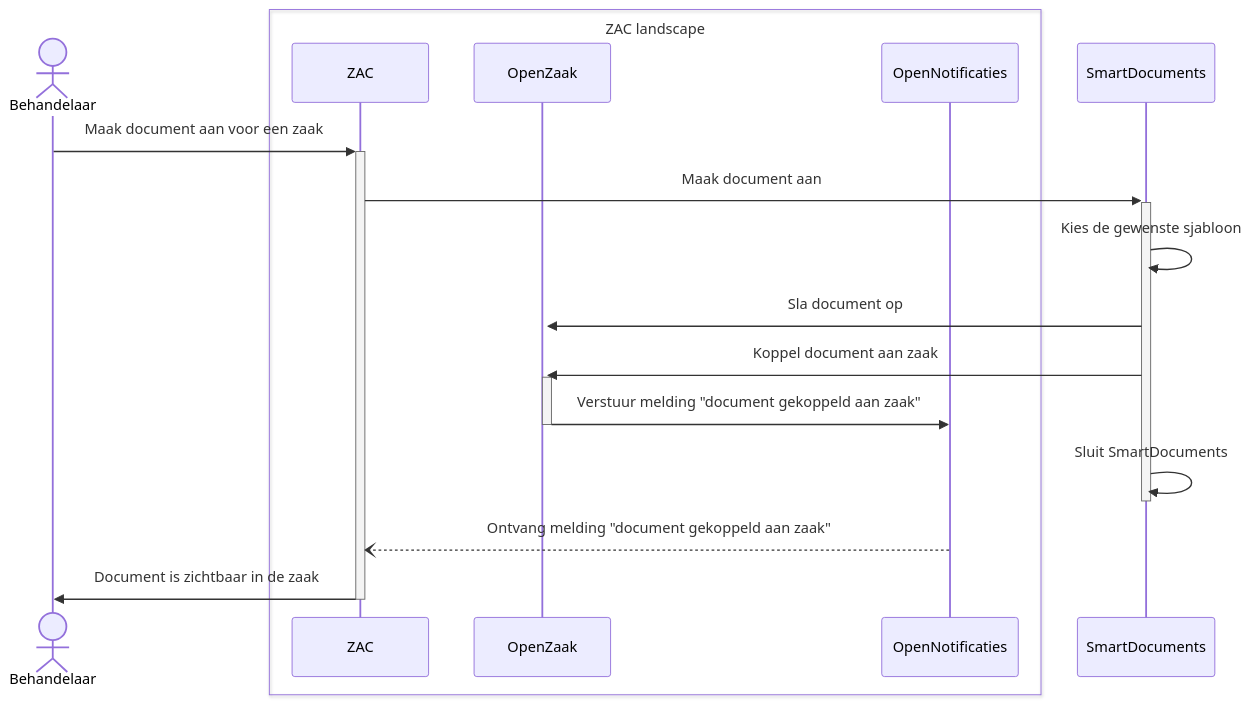
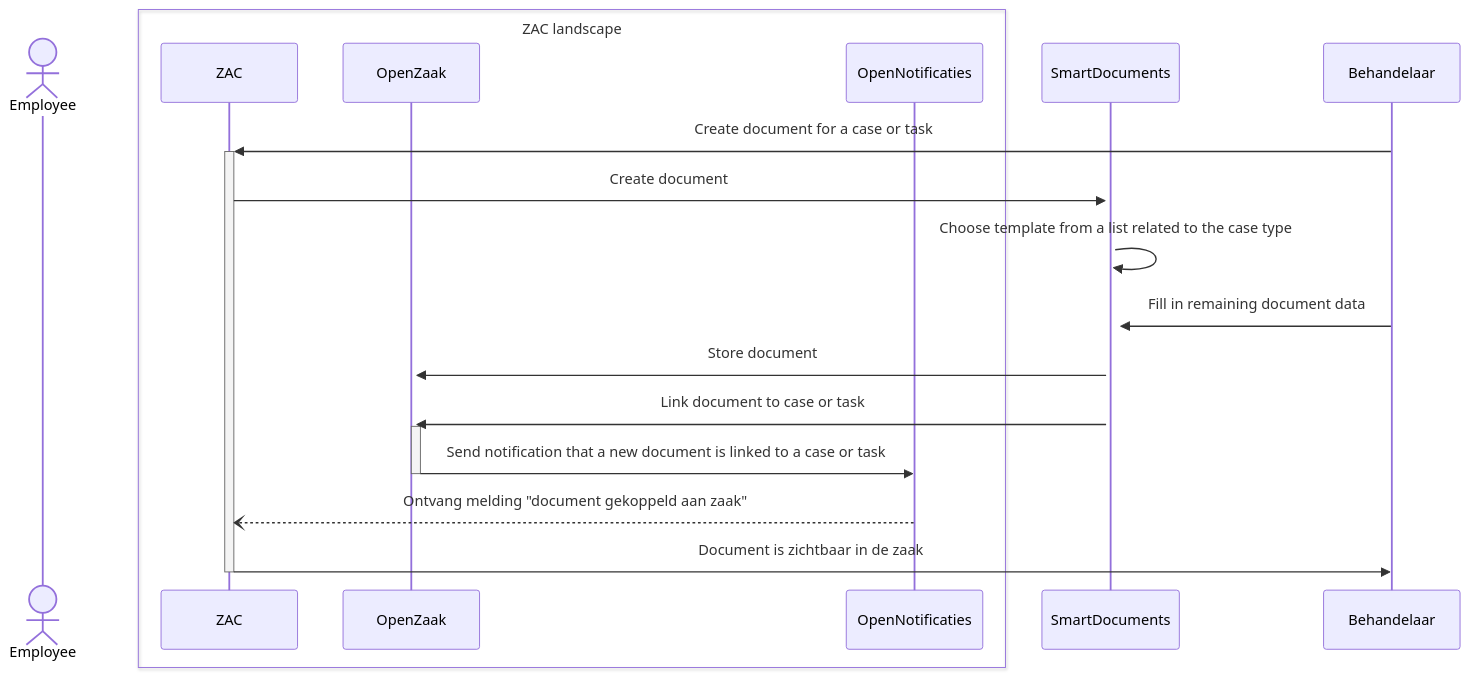
The second of 2 diagrams in docs/solution-architecture/technicalFlows.md (infonl/dimpact-zaakafhandelcomponent), drawn with Mermaid before and after one commit.

Commit message:
feat: added Open Formulieren flow

````diff
--- a/docs/solution-architecture/technicalFlows.md
+++ b/docs/solution-architecture/technicalFlows.md
@@ -69,21 +69,20 @@
 ```mermaid
 sequenceDiagram
-    actor Behandelaar
+    actor Employee
     box ZAC landscape
     participant ZAC
     participant OpenZaak
     participant OpenNotificaties
     end
     participant SmartDocuments
 
-
-    Behandelaar->>+ZAC: Maak document aan voor een zaak
-    ZAC->>+SmartDocuments: Maak document aan
-    SmartDocuments->>SmartDocuments: Kies de gewenste sjabloon
-    SmartDocuments->>+OpenZaak: Sla document op
-    SmartDocuments->>+OpenZaak: Koppel document aan zaak
-    OpenZaak->>-OpenNotificaties: Verstuur melding "document gekoppeld aan zaak"
-    SmartDocuments->>-SmartDocuments: Sluit SmartDocuments
+    Behandelaar->>+ZAC: Create document for a case or task
+    ZAC->>+SmartDocuments: Create document
+    SmartDocuments->>+SmartDocuments: Choose template from a list related to the case type
+    Behandelaar->>+SmartDocuments: Fill in remaining document data
+    SmartDocuments->>+OpenZaak: Store document
+    SmartDocuments->>+OpenZaak: Link document to case or task
+    OpenZaak->>-OpenNotificaties: Send notification that a new document is linked to a case or task
     OpenNotificaties--)ZAC: Ontvang melding "document gekoppeld aan zaak"
     ZAC->>-Behandelaar: Document is zichtbaar in de zaak
 ```
````
